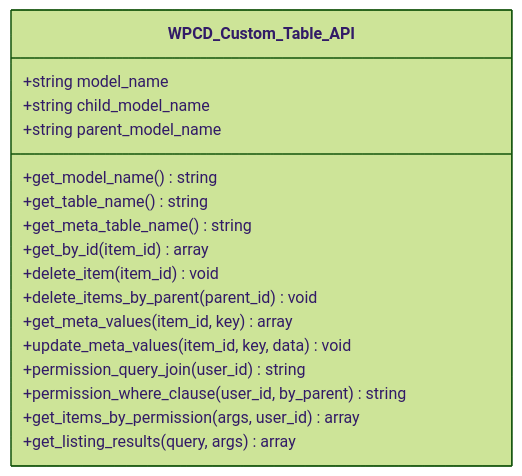
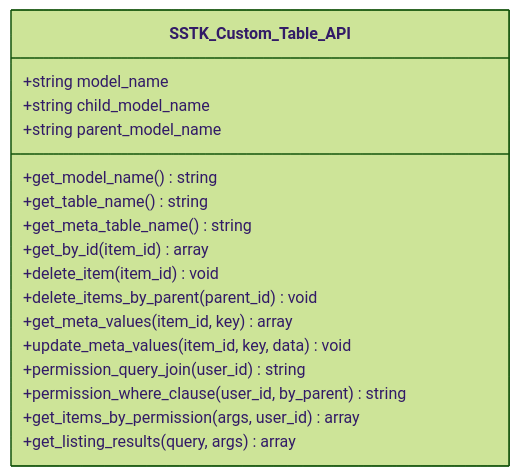
One commit to onedogsolutions/simple-stack changed the fourth of 5 diagrams in .qoder/repowiki/en/content/Data Management/Custom Database Tables/Custom Database Tables.md. Above: the diagram before and after it, drawn with Mermaid (forest theme). The commit also changed other lines of this file and 5941 other files, not shown here.

````diff
--- a/.qoder/repowiki/en/content/Data Management/Custom Database Tables/Custom Database Tables.md
+++ b/.qoder/repowiki/en/content/Data Management/Custom Database Tables/Custom Database Tables.md
@@ -215,20 +215,20 @@
 ```mermaid
 classDiagram
-class WPCD_Custom_Table_API {
+class SSTK_Custom_Table_API {
 +string model_name
 +string child_model_name
 +string parent_model_name
 +get_model_name() string
 +get_table_name() string
 +get_meta_table_name() string
 +get_by_id(item_id) array
 +delete_item(item_id) void
 +delete_items_by_parent(parent_id) void
 +get_meta_values(item_id, key) array
 +update_meta_values(item_id, key, data) void
 +permission_query_join(user_id) string
 +permission_where_clause(user_id, by_parent) string
 +get_items_by_permission(args, user_id) array
 +get_listing_results(query, args) array
 }
 ```
````
